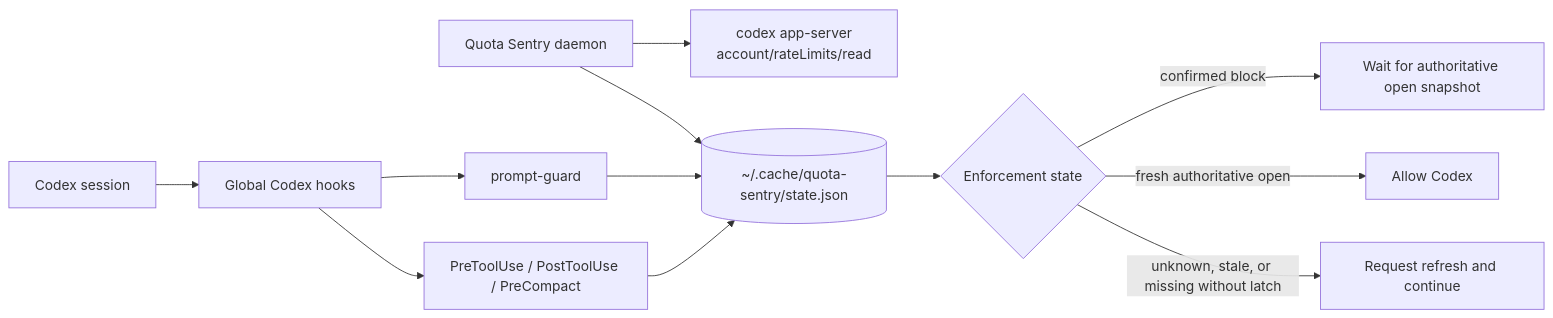
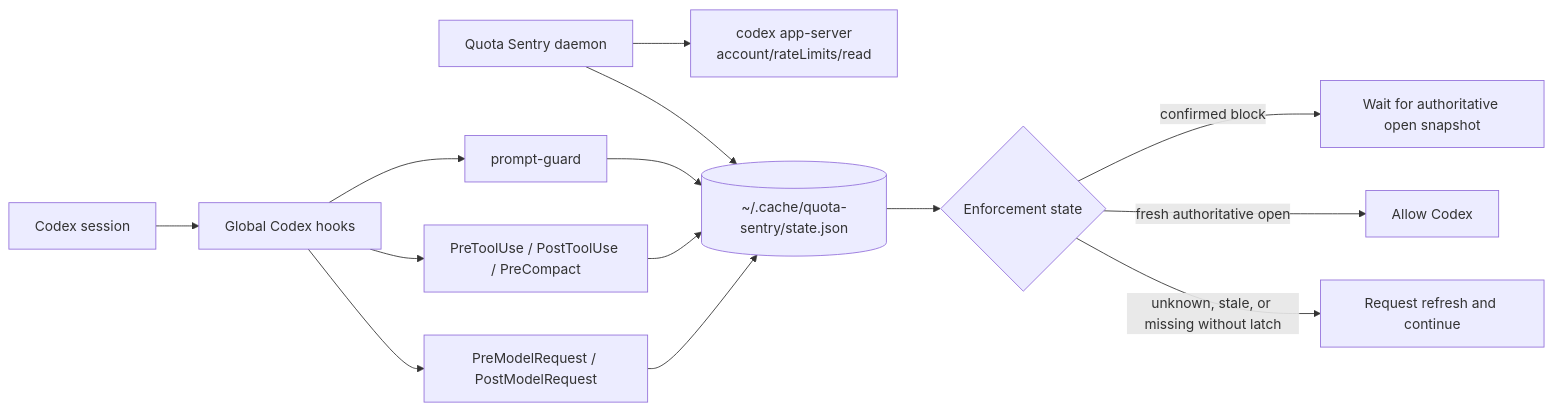
Before and after one commit to dhruvil009/QuotaSentry: the diagram in README.md, drawn with Mermaid. The commit also changed other lines of this file, not shown here.

First line of the commit message:
Document model hook installation and enforcement limits

````diff
--- a/README.md
+++ b/README.md
@@ -50,16 +52,18 @@
 ```mermaid
 flowchart LR
     codex[Codex session] --> hooks[Global Codex hooks]
     hooks --> promptGuard[prompt-guard]
     hooks --> checkpoints[PreToolUse / PostToolUse / PreCompact]
+    hooks --> modelChecks[PreModelRequest / PostModelRequest]
 
     daemon[Quota Sentry daemon] --> appServer[codex app-server<br/>account/rateLimits/read]
     daemon --> state[(~/.cache/quota-sentry/state.json)]
 
     promptGuard --> state
     checkpoints --> state
+    modelChecks --> state
     state --> decision{Enforcement state}
     decision -->|confirmed block| wait[Wait for authoritative open snapshot]
     decision -->|fresh authoritative open| open[Allow Codex]
     decision -->|unknown, stale, or missing without latch| recover[Request refresh and continue]
 ```
````
